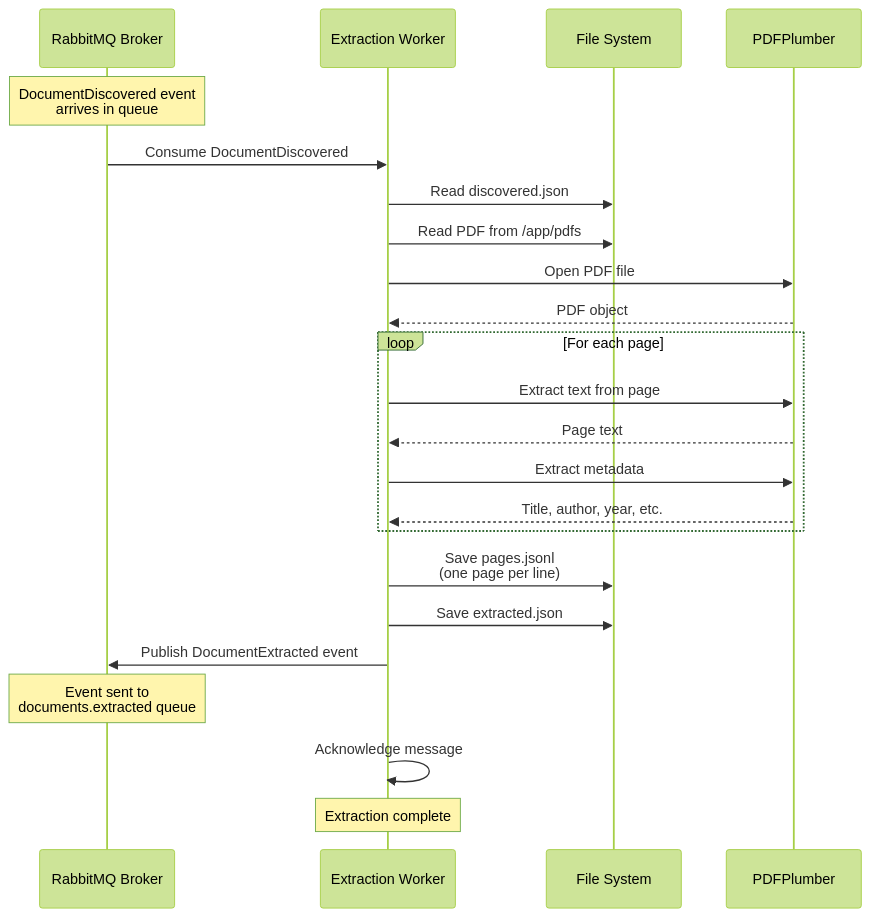
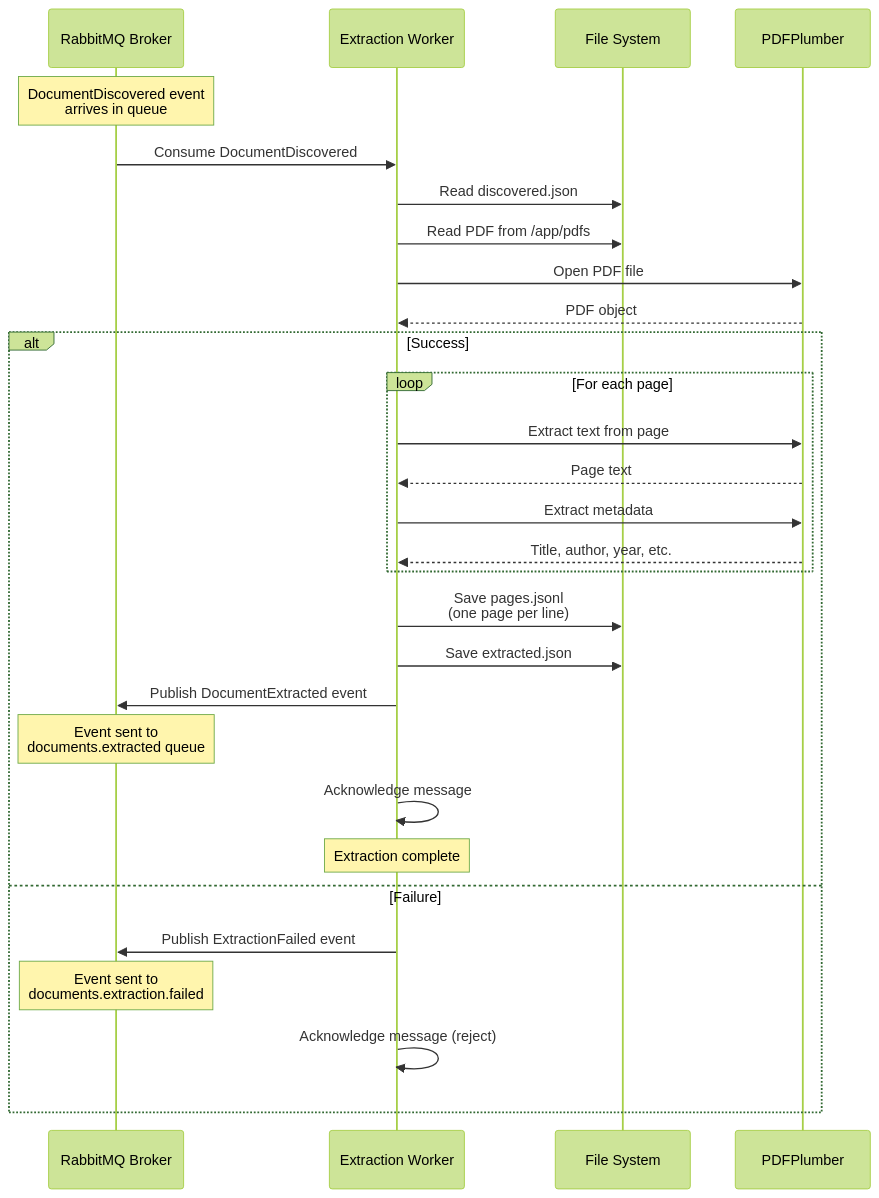
Before and after one commit to Th30utcast/MARP-Guide-AI: the diagram in docs/services/Extraction/Extraction_pipeline.md, drawn with Mermaid (forest theme). The commit also changed other lines of this file and 12 other files, not shown here.

````diff
--- a/docs/services/Extraction/Extraction_pipeline.md
+++ b/docs/services/Extraction/Extraction_pipeline.md
@@ -5,35 +5,39 @@
 ``` mermaid
 sequenceDiagram
   participant BR as RabbitMQ Broker
   participant EX as Extraction Worker
   participant FS as File System
   participant PDF as PDFPlumber
 
   Note over BR: DocumentDiscovered event<br/>arrives in queue
 
   BR->>EX: Consume DocumentDiscovered
 
   EX->>FS: Read discovered.json
   EX->>FS: Read PDF from /app/pdfs
 
   EX->>PDF: Open PDF file
   PDF-->>EX: PDF object
 
-  loop For each page
-    EX->>PDF: Extract text from page
-    PDF-->>EX: Page text
-    EX->>PDF: Extract metadata
-    PDF-->>EX: Title, author, year, etc.
+  alt Success
+    loop For each page
+      EX->>PDF: Extract text from page
+      PDF-->>EX: Page text
+      EX->>PDF: Extract metadata
+      PDF-->>EX: Title, author, year, etc.
+    end
+
+    EX->>FS: Save pages.jsonl<br/>(one page per line)
+    EX->>FS: Save extracted.json
+
+    EX->>BR: Publish DocumentExtracted event
+    Note over BR: Event sent to<br/>documents.extracted queue
+
+    EX->>EX: Acknowledge message
+    Note over EX: Extraction complete
+  else Failure
+    EX->>BR: Publish ExtractionFailed event
+    Note over BR: Event sent to<br/>documents.extraction.failed
+    EX->>EX: Acknowledge message (reject)
   end
-
-  EX->>FS: Save pages.jsonl<br/>(one page per line)
-  EX->>FS: Save extracted.json
-
-  EX->>BR: Publish DocumentExtracted event
-
-  Note over BR: Event sent to<br/>documents.extracted queue
-
-  EX->>EX: Acknowledge message
-
-  Note over EX: Extraction complete
 ```
````
